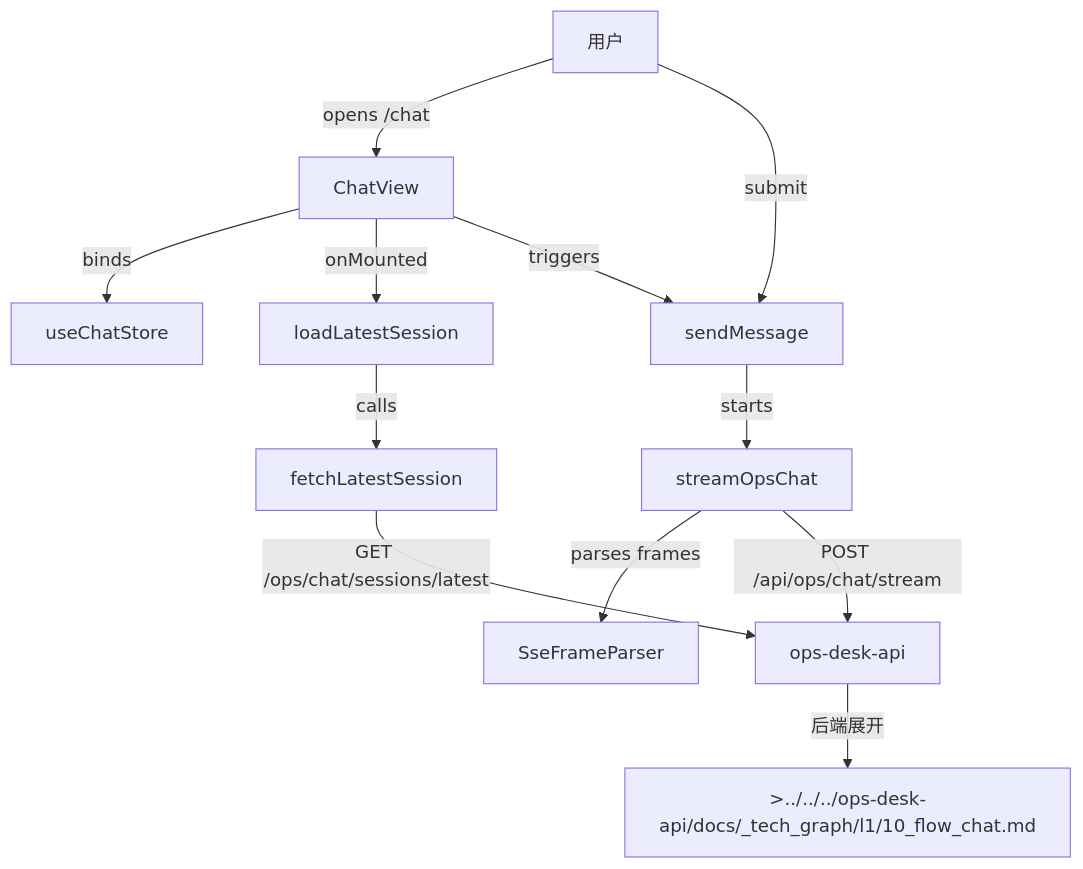
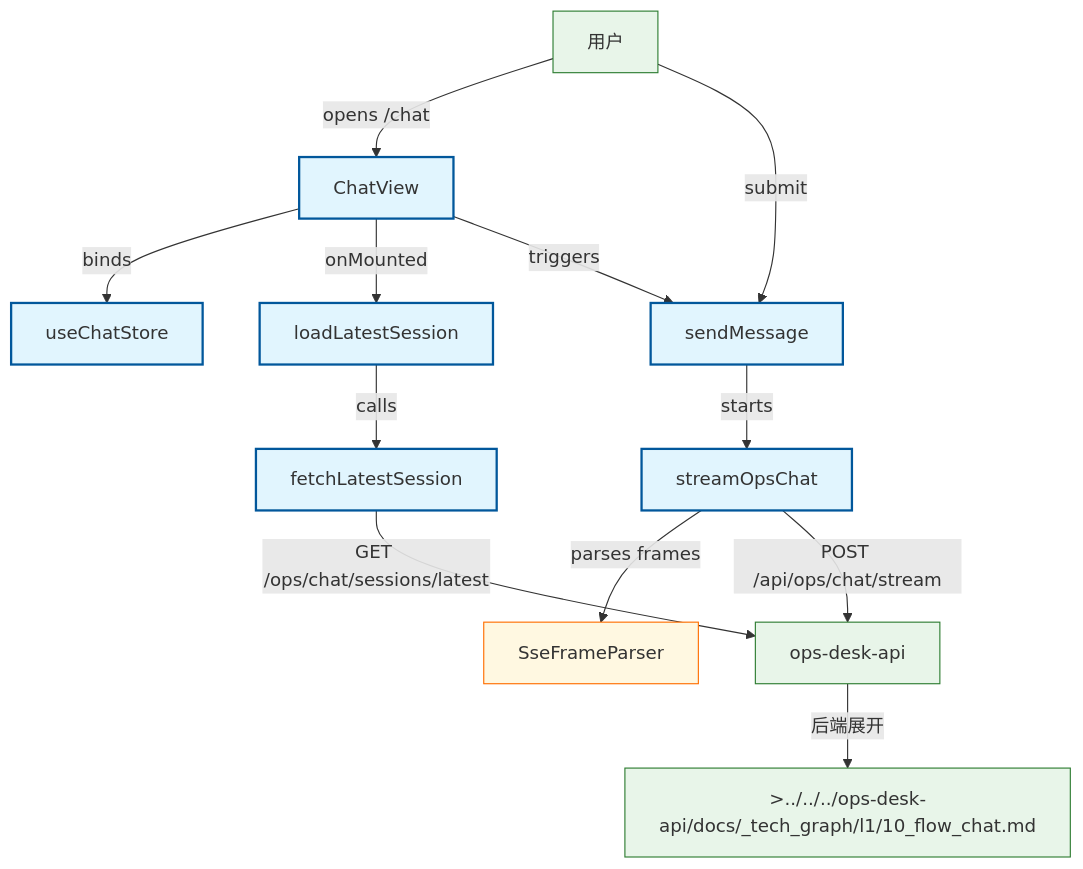
Before and after one commit to Cyning12/ops-desk-web: the diagram in docs/_tech_graph/l1/10_flow_chat.md, drawn with Mermaid. The commit also changed other lines of this file and 57 other files, not shown here.

````diff
--- a/docs/_tech_graph/l1/10_flow_chat.md
+++ b/docs/_tech_graph/l1/10_flow_chat.md
@@ -14,29 +14,32 @@
 ```mermaid
 flowchart TB
-    user[用户]
-    chat_view[ChatView]
-    chat_store[useChatStore]
-    load_session[loadLatestSession]
-    send_message[sendMessage]
-    fetch_session_api[fetchLatestSession]
-    stream_sse[streamOpsChat]
-    sse_parser[SseFrameParser]
-    ops_api[ops-desk-api]
-    api_chat_flow[>../../../ops-desk-api/docs/_tech_graph/l1/10_flow_chat.md]
+    user["用户"]
+    chat_view["ChatView"]
+    chat_store["useChatStore"]
+    load_session["loadLatestSession"]
+    send_message["sendMessage"]
+    fetch_session_api["fetchLatestSession"]
+    stream_sse["streamOpsChat"]
+    sse_parser["SseFrameParser"]
+    ops_api["ops-desk-api"]
+    api_chat_flow[">../../../ops-desk-api/docs/_tech_graph/l1/10_flow_chat.md"]
 
-    user --"opens /chat"--> chat_view
-    chat_view --"binds"--> chat_store
-    chat_view --"onMounted"--> load_session
-    load_session --"calls"--> fetch_session_api
-    fetch_session_api --"GET /ops/chat/sessions/latest"--> ops_api
-    user --"submit"--> send_message
-    chat_view --"triggers"--> send_message
-    send_message --"starts"--> stream_sse
-    stream_sse --"parses frames"--> sse_parser
-    stream_sse --"POST /api/ops/chat/stream"--> ops_api
-    ops_api --"后端展开"--> api_chat_flow
+    user -->|"opens /chat"| chat_view
+    chat_view -->|"binds"| chat_store
+    chat_view -->|"onMounted"| load_session
+    load_session -->|"calls"| fetch_session_api
+    fetch_session_api -->|"GET /ops/chat/sessions/latest"| ops_api
+    user -->|"submit"| send_message
+    chat_view -->|"triggers"| send_message
+    send_message -->|"starts"| stream_sse
+    stream_sse -->|"parses frames"| sse_parser
+    stream_sse -->|"POST /api/ops/chat/stream"| ops_api
+    ops_api -->|"后端展开"| api_chat_flow
 
     classDef phase fill:#e1f5fe,stroke:#01579b,stroke-width:2px
     classDef doc fill:#fff8e1,stroke:#ff6f00,stroke-width:1px
     classDef infra fill:#e8f5e9,stroke:#2e7d32,stroke-width:1px
+    class chat_view,chat_store,load_session,send_message,fetch_session_api,stream_sse phase
+    class sse_parser doc
+    class user,ops_api,api_chat_flow infra
 ```
````
